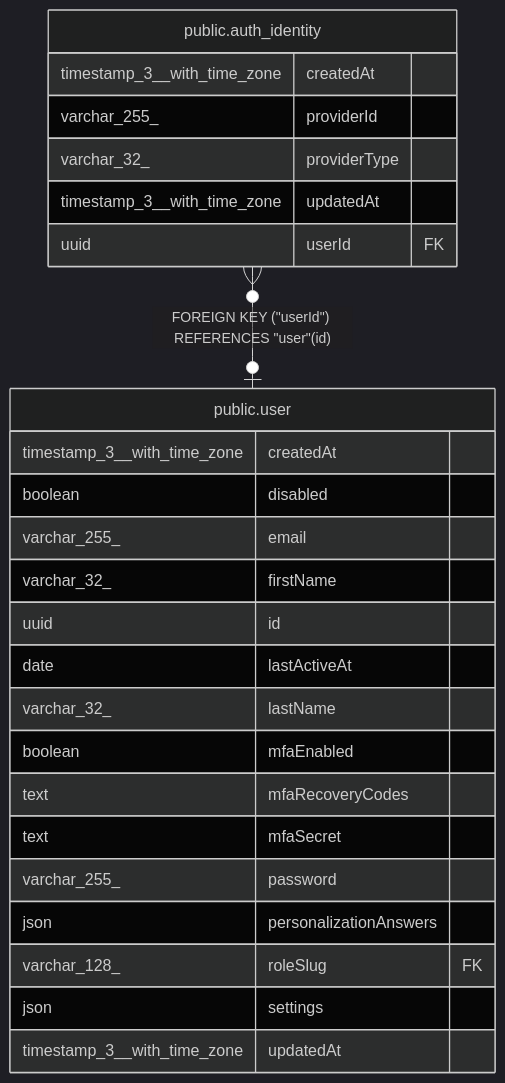
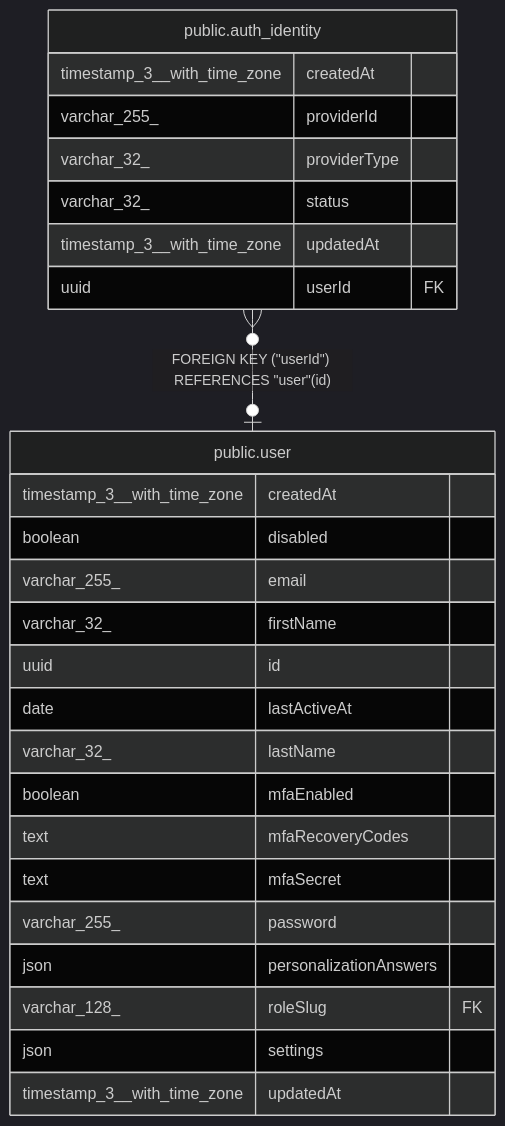
One commit to mayankjain1815-commits/n8n changed the diagram in docs/generated/postgres-schema/public.auth_identity.md. Above: the diagram before and after it, drawn with Mermaid (dark theme). The commit also changed other lines of this file and 13 other files, not shown here.

````diff
--- a/docs/generated/postgres-schema/public.auth_identity.md
+++ b/docs/generated/postgres-schema/public.auth_identity.md
@@ -32,30 +35,31 @@
 ```mermaid
 erDiagram
 
 "public.auth_identity" }o--o| "public.user" : "FOREIGN KEY (#quot;userId#quot;) REFERENCES #quot;user#quot;(id)"
 
 "public.auth_identity" {
   timestamp_3__with_time_zone createdAt
   varchar_255_ providerId
   varchar_32_ providerType
+  varchar_32_ status
   timestamp_3__with_time_zone updatedAt
   uuid userId FK
 }
 "public.user" {
   timestamp_3__with_time_zone createdAt
   boolean disabled
   varchar_255_ email
   varchar_32_ firstName
   uuid id
   date lastActiveAt
   varchar_32_ lastName
   boolean mfaEnabled
   text mfaRecoveryCodes
   text mfaSecret
   varchar_255_ password
   json personalizationAnswers
   varchar_128_ roleSlug FK
   json settings
   timestamp_3__with_time_zone updatedAt
 }
 ```
````
